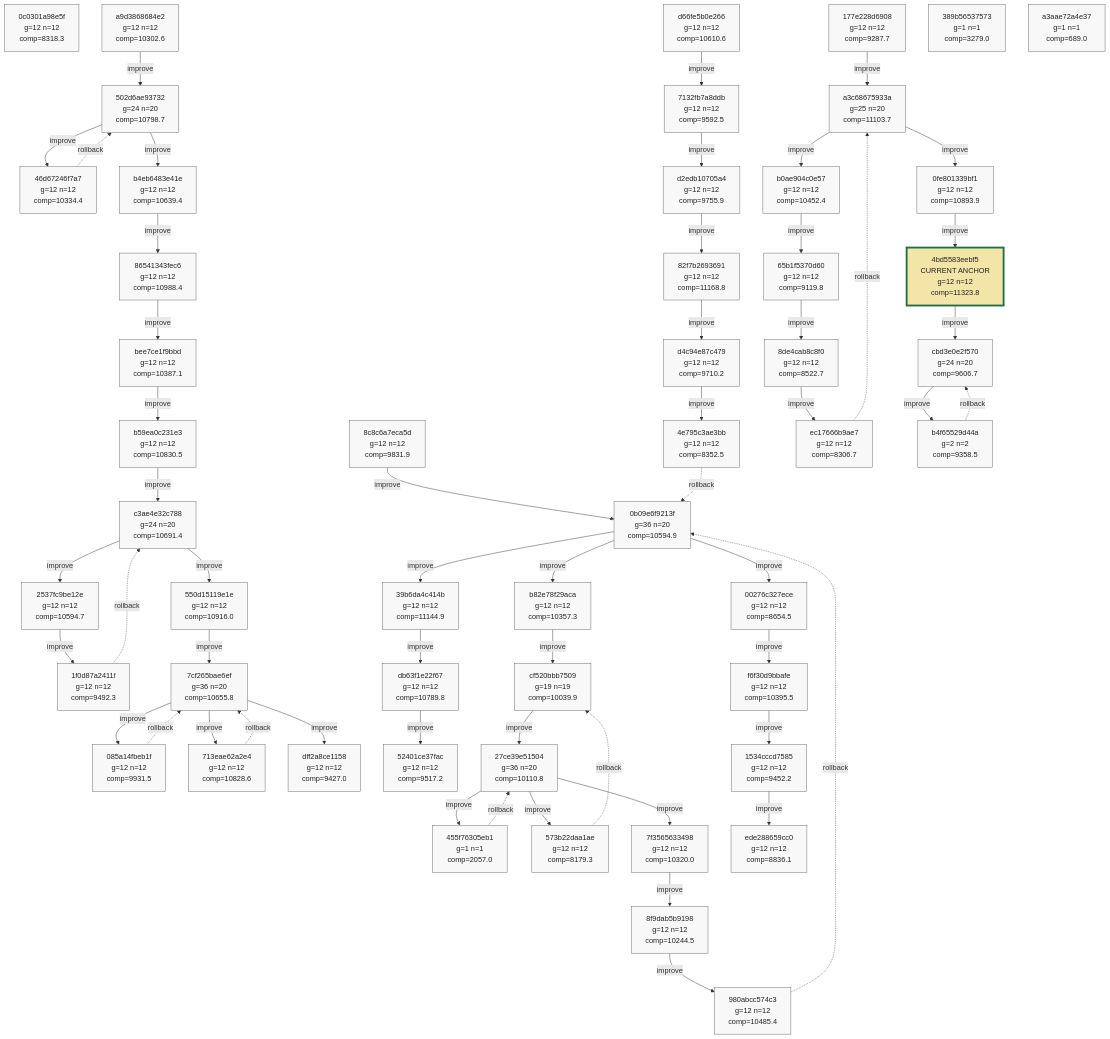
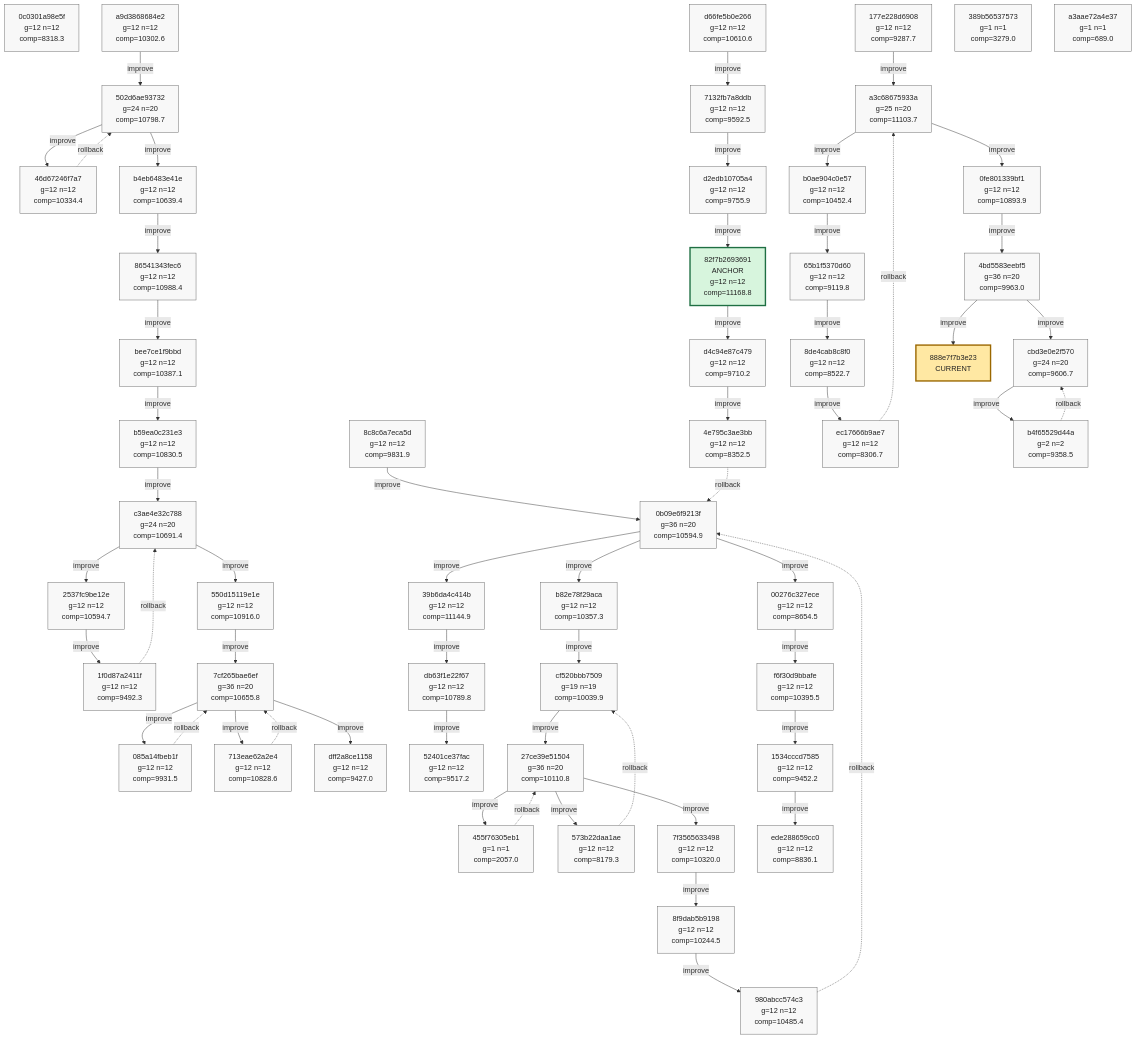
Before and after one commit to azumag/soviet_now: the tenth of 10 diagrams in phyrogenetic-tree.md, drawn with Mermaid. The commit also changed other lines of this file and 2 other files, not shown here.

Commit message:
eloop Improve after 12 games (scores: 11516 9264 7672 9014 8487 8997 14054 8516 5310 16668 10426 10302)

````diff
--- a/phyrogenetic-tree.md
+++ b/phyrogenetic-tree.md
@@ -2565,7 +2565,7 @@
     h_d66fe5b0e266["d66fe5b0e266<br/>g=12 n=12<br/>comp=10610.6"]
     h_7132fb7a8ddb["7132fb7a8ddb<br/>g=12 n=12<br/>comp=9592.5"]
     h_d2edb10705a4["d2edb10705a4<br/>g=12 n=12<br/>comp=9755.9"]
-    h_82f7b2693691["82f7b2693691<br/>g=12 n=12<br/>comp=11168.8"]
+    h_82f7b2693691["82f7b2693691<br/>ANCHOR<br/>g=12 n=12<br/>comp=11168.8"]
     h_d4c94e87c479["d4c94e87c479<br/>g=12 n=12<br/>comp=9710.2"]
     h_4e795c3ae3bb["4e795c3ae3bb<br/>g=12 n=12<br/>comp=8352.5"]
     h_b82e78f29aca["b82e78f29aca<br/>g=12 n=12<br/>comp=10357.3"]
@@ -2587,11 +2587,12 @@
     h_8de4cab8c8f0["8de4cab8c8f0<br/>g=12 n=12<br/>comp=8522.7"]
     h_ec17666b9ae7["ec17666b9ae7<br/>g=12 n=12<br/>comp=8306.7"]
     h_0fe801339bf1["0fe801339bf1<br/>g=12 n=12<br/>comp=10893.9"]
-    h_4bd5583eebf5["4bd5583eebf5<br/>CURRENT ANCHOR<br/>g=12 n=12<br/>comp=11323.8"]
+    h_4bd5583eebf5["4bd5583eebf5<br/>g=36 n=20<br/>comp=9963.0"]
     h_cbd3e0e2f570["cbd3e0e2f570<br/>g=24 n=20<br/>comp=9606.7"]
     h_b4f65529d44a["b4f65529d44a<br/>g=2 n=2<br/>comp=9358.5"]
     h_389b56537573["389b56537573<br/>g=1 n=1<br/>comp=3279.0"]
     h_a3aae72a4e37["a3aae72a4e37<br/>g=1 n=1<br/>comp=689.0"]
+    h_888e7f7b3e23["888e7f7b3e23<br/>CURRENT"]
 
     h_a9d3868684e2 -->|improve| h_502d6ae93732
     h_502d6ae93732 -->|improve| h_46d67246f7a7
@@ -2647,6 +2648,7 @@
     h_4bd5583eebf5 -->|improve| h_cbd3e0e2f570
     h_cbd3e0e2f570 -->|improve| h_b4f65529d44a
     h_b4f65529d44a -. rollback .-> h_cbd3e0e2f570
+    h_4bd5583eebf5 -->|improve| h_888e7f7b3e23
 
     classDef plain fill:#f8f8f8,stroke:#666,stroke-width:1px,color:#222;
     classDef current fill:#ffe8a3,stroke:#9a6700,stroke-width:3px,color:#222;
@@ -2677,7 +2679,7 @@
     class h_d66fe5b0e266 plain;
     class h_7132fb7a8ddb plain;
     class h_d2edb10705a4 plain;
-    class h_82f7b2693691 plain;
+    class h_82f7b2693691 anchor;
     class h_d4c94e87c479 plain;
     class h_4e795c3ae3bb plain;
     class h_b82e78f29aca plain;
@@ -2699,9 +2701,10 @@
     class h_8de4cab8c8f0 plain;
     class h_ec17666b9ae7 plain;
     class h_0fe801339bf1 plain;
-    class h_4bd5583eebf5 current_anchor;
+    class h_4bd5583eebf5 plain;
     class h_cbd3e0e2f570 plain;
     class h_b4f65529d44a plain;
     class h_389b56537573 plain;
     class h_a3aae72a4e37 plain;
+    class h_888e7f7b3e23 current;
 ```
````
